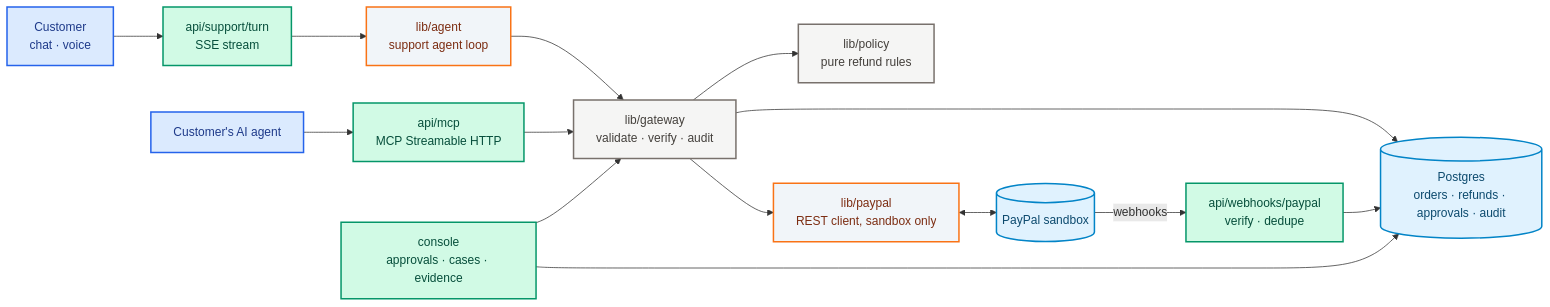
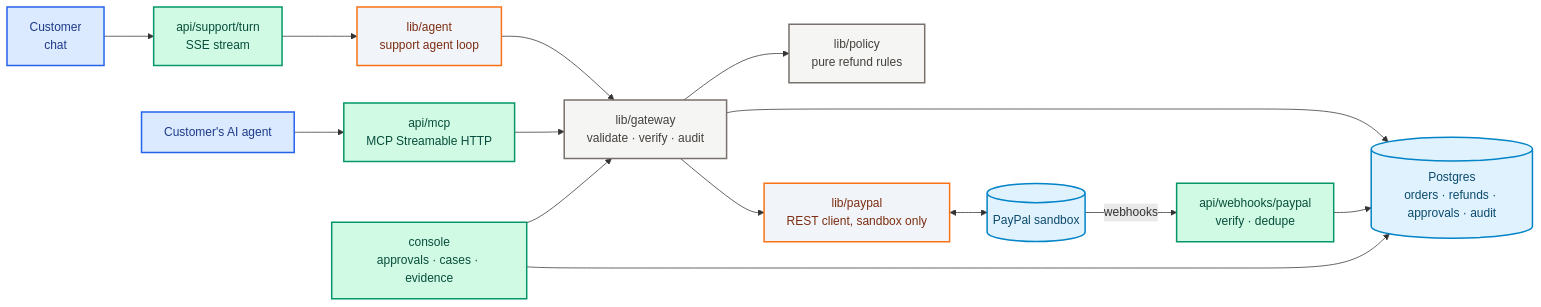
Before and after one commit to AmanDataGuy/paypal-post-purchase-agent: the diagram in README.md, drawn with Mermaid. The commit also changed other lines of this file and 1 other file, not shown here.

````diff
--- a/README.md
+++ b/README.md
@@ -67,22 +66,22 @@
 ```mermaid
 flowchart LR
     classDef caller fill:#dbeafe,stroke:#2563eb,stroke-width:2px,color:#1e3a8a
     classDef edge fill:#d1fae5,stroke:#059669,stroke-width:2px,color:#064e3b
     classDef core fill:#f1f5f9,stroke:#f97316,stroke-width:2px,color:#7c2d12
     classDef guard fill:#f5f5f4,stroke:#78716c,stroke-width:2px,color:#44403c
     classDef data fill:#e0f2fe,stroke:#0284c7,stroke-width:2px,color:#0c4a6e
 
-    Cust[Customer<br>chat · voice]:::caller --> Turn[api/support/turn<br>SSE stream]:::edge
+    Cust[Customer<br>chat]:::caller --> Turn[api/support/turn<br>SSE stream]:::edge
     Buyer[Customer's AI agent]:::caller --> MCP[api/mcp<br>MCP Streamable HTTP]:::edge
     Turn --> Agent[lib/agent<br>support agent loop]:::core
     Agent --> GW[lib/gateway<br>validate · verify · audit]:::guard
     MCP --> GW
     GW --> Policy[lib/policy<br>pure refund rules]:::guard
     GW --> PP[lib/paypal<br>REST client, sandbox only]:::core
     PP <--> PayPal[(PayPal sandbox)]:::data
     PayPal -- webhooks --> WH[api/webhooks/paypal<br>verify · dedupe]:::edge
     GW --> DB[(Postgres<br>orders · refunds · approvals · audit)]:::data
     WH --> DB
     Console[console<br>approvals · cases · evidence]:::edge --> DB
     Console --> GW
 ```
````
